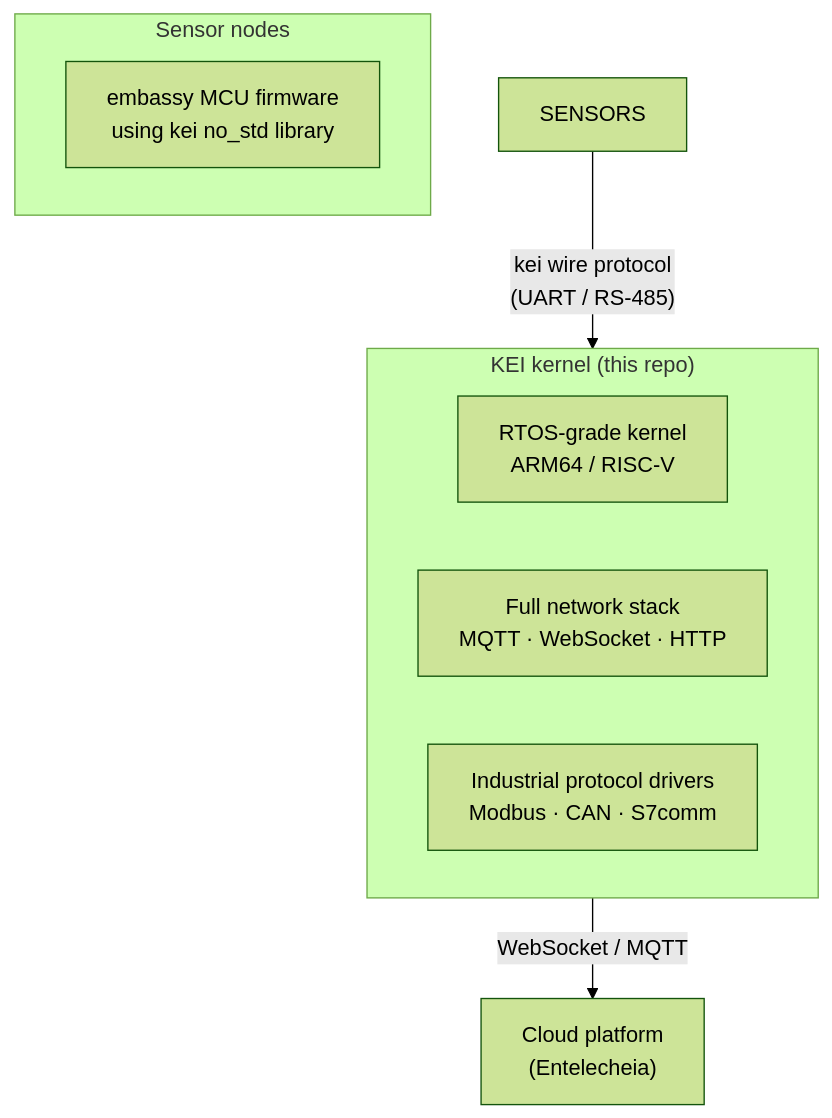
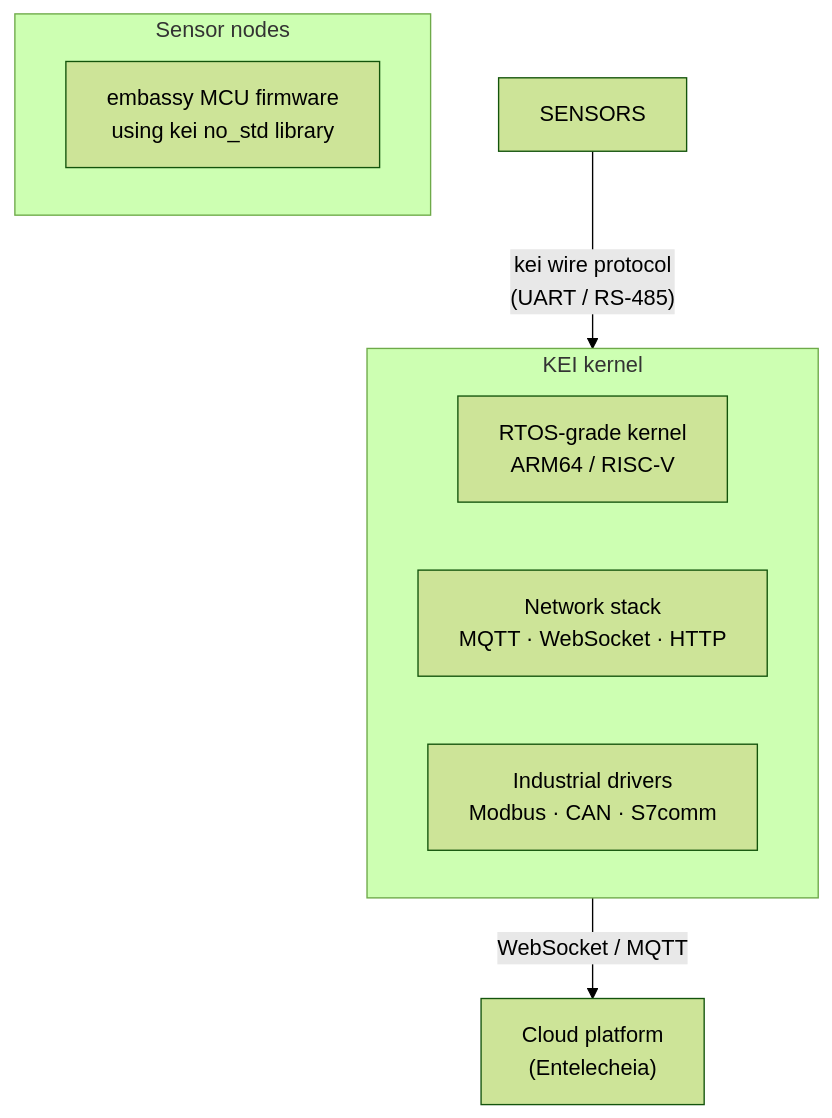
One commit to langyo/kei changed the diagram in README.md. Above: the diagram before and after it, drawn with Mermaid (forest theme). The commit also changed other lines of this file and 18 other files, not shown here.

````diff
--- a/README.md
+++ b/README.md
@@ -39,13 +42,13 @@
 ```mermaid
 flowchart TB
-    subgraph Gateway["KEI kernel (this repo)"]
+    subgraph Gateway["KEI kernel"]
         KERN["RTOS-grade kernel\nARM64 / RISC-V"]
-        NET["Full network stack\nMQTT · WebSocket · HTTP"]
-        DRV["Industrial protocol drivers\nModbus · CAN · S7comm"]
+        NET["Network stack\nMQTT · WebSocket · HTTP"]
+        DRV["Industrial drivers\nModbus · CAN · S7comm"]
     end
     subgraph Sensors["Sensor nodes"]
         EMB["embassy MCU firmware\nusing kei no_std library"]
     end
     SENSORS -->|"kei wire protocol\n(UART / RS-485)"| Gateway
     Gateway -->|"WebSocket / MQTT"| CLOUD["Cloud platform\n(Entelecheia)"]
 ```
````
